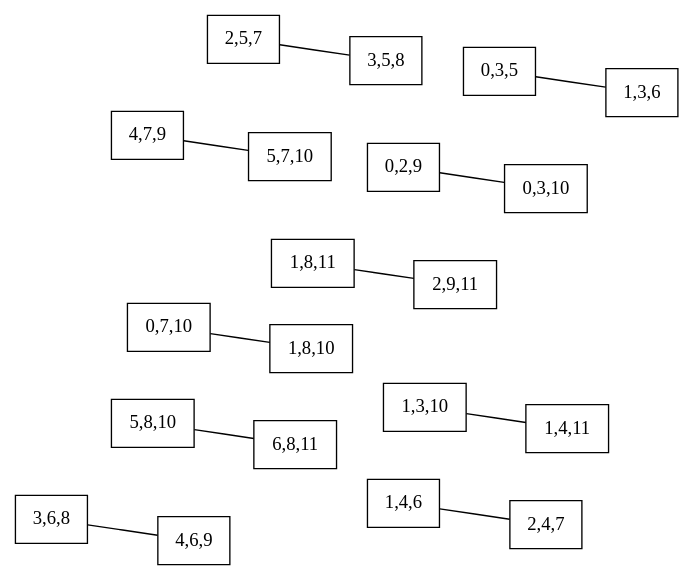
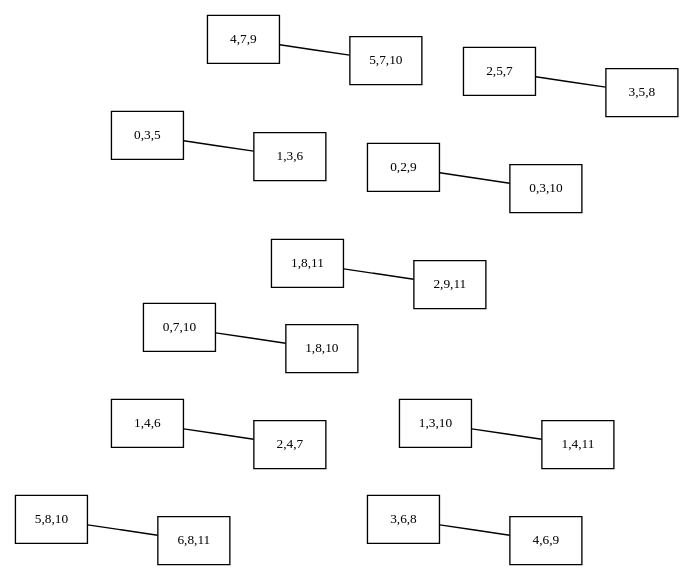
The diagram in data/dot/tj/oh/tj_oh_p114.5.dot (rd--/hmt), drawn with Graphviz before and after one commit. The commit also changed 40 other files, not shown here.

Commit message:
~Music/Theory/Graph/Johnson_2014+p172

```diff
--- a/data/dot/tj/oh/tj_oh_p114.5.dot
+++ b/data/dot/tj/oh/tj_oh_p114.5.dot
@@ -1,36 +1,36 @@
 graph
  g {
-edge [len=1.5]
-graph [layout=neato,epsilon=0.000001,fontsize=10,fontname="century schoolbook"]
-node [shape=box]
+edge [len=1.5,fontsize=10]
+graph [layout=neato,epsilon=0.000001]
+node [shape=box,fontsize=10,fontname="century schoolbook"]
 0 [label="0,7,10"];
 1 [label="1,8,10"];
 2 [label="1,8,11"];
 3 [label="2,9,11"];
 4 [label="0,2,9"];
 5 [label="0,3,10"];
 6 [label="1,3,10"];
 7 [label="1,4,11"];
 8 [label="0,3,5"];
 9 [label="1,3,6"];
 10 [label="1,4,6"];
 11 [label="2,4,7"];
 12 [label="2,5,7"];
 13 [label="3,5,8"];
 14 [label="3,6,8"];
 15 [label="4,6,9"];
 16 [label="4,7,9"];
 17 [label="5,7,10"];
 18 [label="5,8,10"];
 19 [label="6,8,11"];
 0 -- 1;
 2 -- 3;
 4 -- 5;
 6 -- 7;
 8 -- 9;
 10 -- 11;
 12 -- 13;
 14 -- 15;
 16 -- 17;
 18 -- 19;
 }
```
